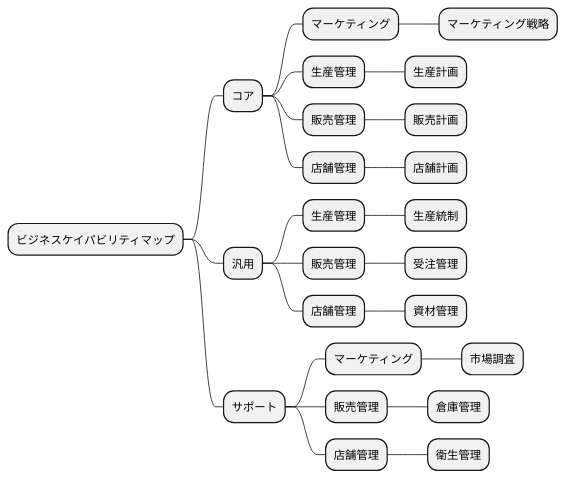
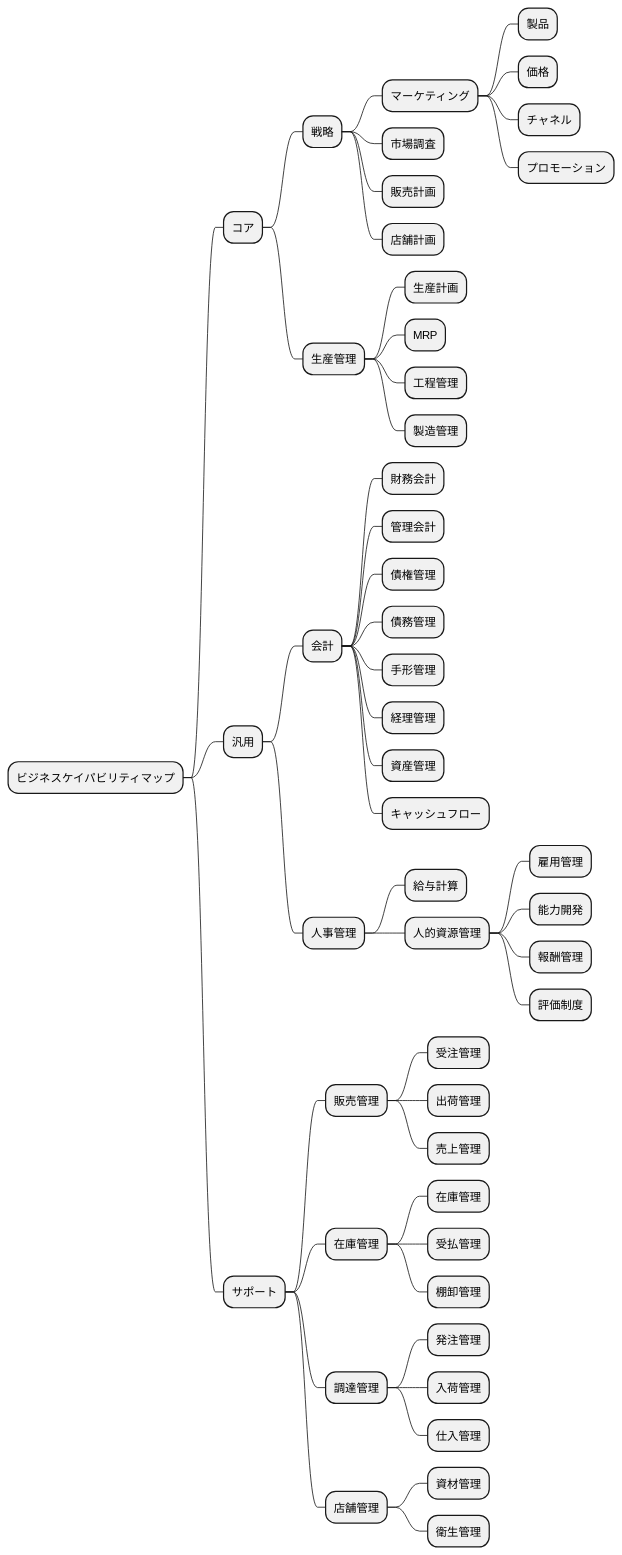
One commit to k2works/case-sutudy-business-analysis changed diagram 13 of 19 in docs/case/r0X_case_X.adoc. Above: the diagram before and after it, drawn with PlantUML. The commit also changed other lines of this file, not shown here.

```diff
--- a/docs/case/r0X_case_X.adoc
+++ b/docs/case/r0X_case_X.adoc
@@ -268,31 +297,56 @@
 [plantuml]
 ----
 @startmindmap
 
 * ビジネスケイパビリティマップ
 ** コア
-*** マーケティング
-**** マーケティング戦略
+*** 戦略
+**** マーケティング
+***** 製品
+***** 価格
+***** チャネル
+***** プロモーション
+**** 市場調査
+**** 販売計画
+**** 店舗計画
 *** 生産管理
 **** 生産計画
-*** 販売管理
-**** 販売計画
-*** 店舗管理
-**** 店舗計画
+**** MRP
+**** 工程管理
+**** 製造管理
 ** 汎用
-*** 生産管理
-**** 生産統制
+*** 会計
+**** 財務会計
+**** 管理会計
+**** 債権管理
+**** 債務管理
+**** 手形管理
+**** 経理管理
+**** 資産管理
+**** キャッシュフロー
+*** 人事管理
+**** 給与計算
+**** 人的資源管理
+***** 雇用管理
+***** 能力開発
+***** 報酬管理
+***** 評価制度
+** サポート
 *** 販売管理
 **** 受注管理
+**** 出荷管理
+**** 売上管理
+*** 在庫管理
+**** 在庫管理
+**** 受払管理
+**** 棚卸管理
+*** 調達管理
+**** 発注管理
+**** 入荷管理
+**** 仕入管理
 *** 店舗管理
 **** 資材管理
-** サポート
-*** マーケティング
-**** 市場調査
-*** 販売管理
-**** 倉庫管理
-*** 店舗管理
 **** 衛生管理
 
 @endmindmap
 ----
```
